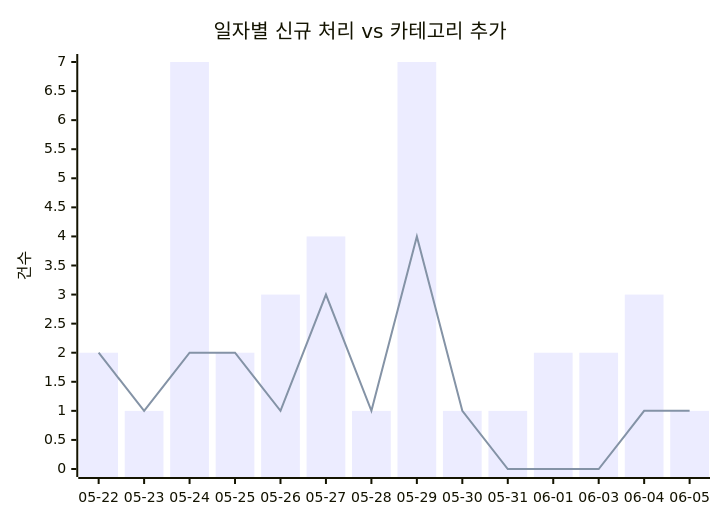
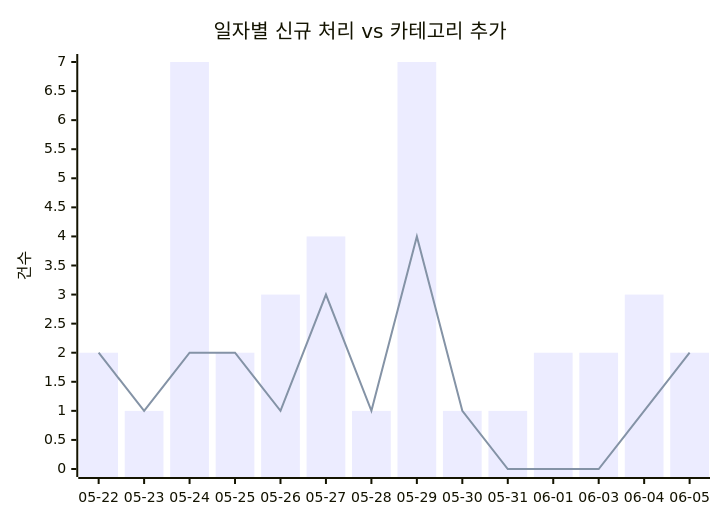
Before and after one commit to J-nowcow/awesome-korean-agent-skills: the first of 2 diagrams in docs/trends.md, drawn with Mermaid. The commit also changed other lines of this file and 3 other files, not shown here.

````diff
--- a/docs/trends.md
+++ b/docs/trends.md
@@ -32,8 +32,8 @@
 ```mermaid
 xychart-beta
     title "일자별 신규 처리 vs 카테고리 추가"
     x-axis ["05-22","05-23","05-24","05-25","05-26","05-27","05-28","05-29","05-30","05-31","06-01","06-03","06-04","06-05"]
     y-axis "건수"
-    bar [2,1,7,2,3,4,1,7,1,1,2,2,3,1]
-    line [2,1,2,2,1,3,1,4,1,0,0,0,1,1]
+    bar [2,1,7,2,3,4,1,7,1,1,2,2,3,2]
+    line [2,1,2,2,1,3,1,4,1,0,0,0,1,2]
 ```
````
